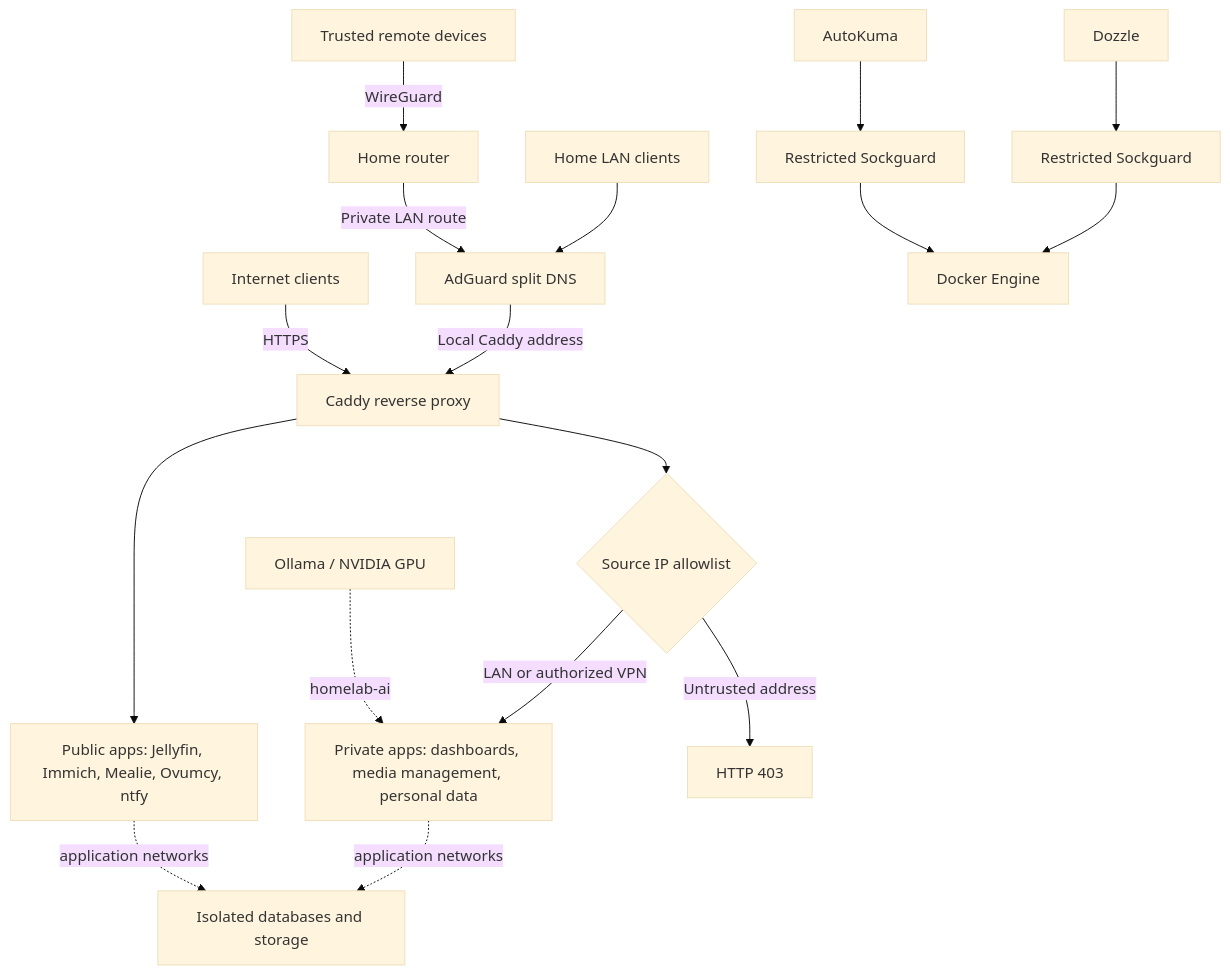
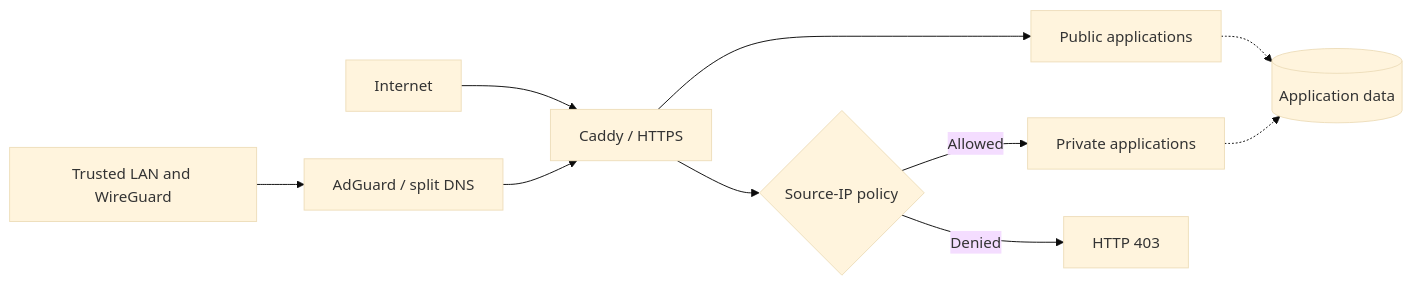
The diagram in README.md (Kalinka98/homelab), drawn with Mermaid (base theme) before and after one commit. The commit also changed other lines of this file and 3 other files, not shown here.

````diff
--- a/README.md
+++ b/README.md
@@ -22,24 +37,15 @@
 ```mermaid
-flowchart TD
-    Internet["Internet clients"] -->|HTTPS| Caddy["Caddy reverse proxy"]
+flowchart LR
+    Internet[Internet] --> Caddy[Caddy / HTTPS]
+    Remote[Trusted LAN and WireGuard] --> DNS[AdGuard / split DNS]
+    DNS --> Caddy
 
-    Remote["Trusted remote devices"] -->|WireGuard| Router["Home router"]
-    Router -->|Private LAN route| DNS["AdGuard split DNS"]
-    LAN["Home LAN clients"] --> DNS
-    DNS -->|Local Caddy address| Caddy
+    Caddy --> Public[Public applications]
+    Caddy --> ACL{Source-IP policy}
+    ACL -->|Allowed| Private[Private applications]
+    ACL -->|Denied| Blocked[HTTP 403]
 
-    Caddy --> Public["Public apps: Jellyfin, Immich, Mealie, Ovumcy, ntfy"]
-    Caddy --> ACL{"Source IP allowlist"}
+    Public -.-> Data[(Application data)]
+    Private -.-> Data
 
-    ACL -->|LAN or authorized VPN| Private["Private apps: dashboards, media management, personal data"]
-    ACL -->|Untrusted address| Denied["HTTP 403"]
-
-    AutoKuma["AutoKuma"] --> KumaProxy["Restricted Sockguard"]
-    Dozzle["Dozzle"] --> LogProxy["Restricted Sockguard"]
-    KumaProxy --> Docker["Docker Engine"]
-    LogProxy --> Docker
-
-    Public -. application networks .-> Data["Isolated databases and storage"]
-    Private -. application networks .-> Data
-    AI["Ollama / NVIDIA GPU"] -. homelab-ai .-> Private
 ```
````
